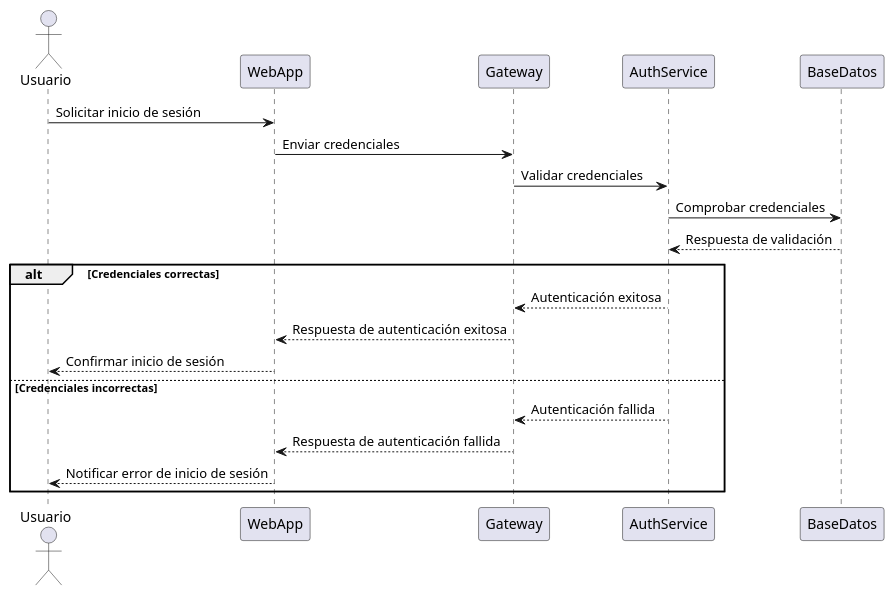
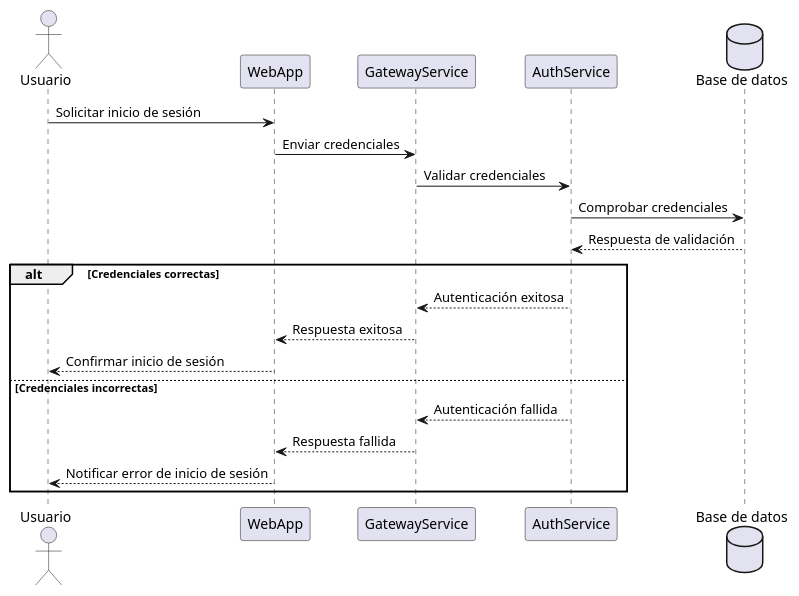
The second of 5 diagrams in docs/src/06_runtime_view.adoc (Arquisoft/wichat_es5b), drawn with PlantUML before and after one commit. The commit also changed other lines of this file, not shown here.

Commit message:
Corregidos los diagramas de secuencia

```diff
--- a/docs/src/06_runtime_view.adoc
+++ b/docs/src/06_runtime_view.adoc
@@ -68,24 +72,28 @@
 [plantuml,"Inicio de sesion",png]
 ----
 @startuml
 
 actor Usuario
+participant "WebApp" as WebApp
+participant "GatewayService" as GatewayService
+participant "AuthService" as AuthService
+database "Base de datos" as BaseDatos
 
 Usuario -> WebApp: Solicitar inicio de sesión
-WebApp -> Gateway: Enviar credenciales
-Gateway -> AuthService: Validar credenciales
+WebApp -> GatewayService: Enviar credenciales
+GatewayService -> AuthService: Validar credenciales
 AuthService -> BaseDatos: Comprobar credenciales
 BaseDatos --> AuthService: Respuesta de validación
 
 alt Credenciales correctas
-    AuthService --> Gateway: Autenticación exitosa
-    Gateway --> WebApp: Respuesta de autenticación exitosa
+    AuthService --> GatewayService: Autenticación exitosa
+    GatewayService --> WebApp: Respuesta exitosa
     WebApp --> Usuario: Confirmar inicio de sesión
 else Credenciales incorrectas
-    AuthService --> Gateway: Autenticación fallida
-    Gateway --> WebApp: Respuesta de autenticación fallida
+    AuthService --> GatewayService: Autenticación fallida
+    GatewayService --> WebApp: Respuesta fallida
     WebApp --> Usuario: Notificar error de inicio de sesión
 end
 
 @enduml
 ----
```
